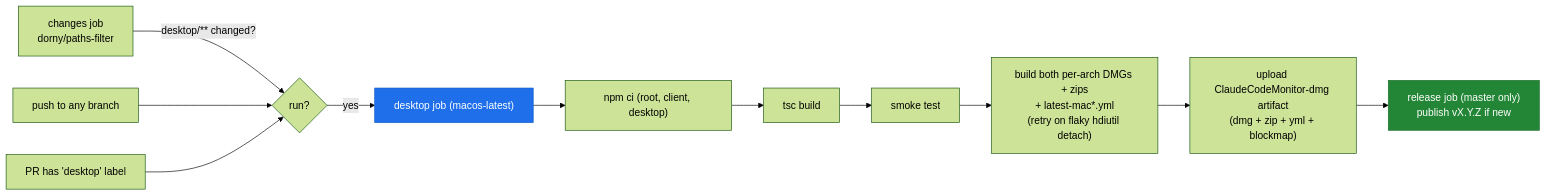
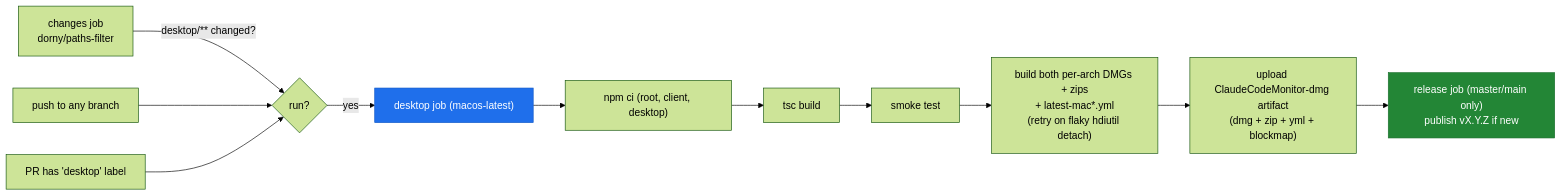
Diagram 14 of 15 in desktop/README.md (buluma/Code-Agent-Monitor), drawn with Mermaid (forest theme) before and after one commit. The commit also changed other lines of this file and 2 other files, not shown here.

Commit message:
fix(ci,desktop): widen release repair gate to all updater assets; fix stale docs
Review findings from PR #36:

- ci.yml release job's repair gate only counted .dmg assets to decide
  whether to re-upload; an existing release with DMGs but missing
  zip/latest-mac*.yml (e.g. a release published before this feature,
  or hand-created outside CI) would report needs_dmg=false and never
  get the missing updater-feed files attached. Now checks dmg/zip/yml
  counts together (>=2 each) via jq against one cached gh release view
  call, so the same self-heal path backfills all three asset kinds.

- desktop/README.md said the release job runs "master only" / "On
  master" — it actually runs on master OR main
  (github.ref == .../master || .../main in ci.yml). Corrected both.

- main.ts's update-downloaded notification told the user to click
  "Restart to update" in "the tray or menu" — installUpdateAndRestart
  is only wired into createTray's actions, never into
  installApplicationMenu's MenuActions. Corrected to name the tray
  only, matching what's actually exposed.

````diff
--- a/desktop/README.md
+++ b/desktop/README.md
@@ -730,16 +730,16 @@
 ```mermaid
 flowchart LR
     ch["changes job<br/>dorny/paths-filter"] -->|"desktop/** changed?"| gate{run?}
     push["push to any branch"] --> gate
     label["PR has 'desktop' label"] --> gate
     gate -->|yes| job["desktop job (macos-latest)"]
     job --> j1["npm ci (root, client, desktop)"]
     j1 --> j2["tsc build"]
     j2 --> j3["smoke test"]
     j3 --> j4["build both per-arch DMGs + zips<br/>+ latest-mac*.yml<br/>(retry on flaky hdiutil detach)"]
     j4 --> j5["upload ClaudeCodeMonitor-dmg artifact<br/>(dmg + zip + yml + blockmap)"]
-    j5 --> rel["release job (master only)<br/>publish vX.Y.Z if new"]
+    j5 --> rel["release job (master/main only)<br/>publish vX.Y.Z if new"]
 
     style job fill:#1f6feb,stroke:#1158c7,color:#fff
     style rel fill:#238636,stroke:#1a6e2c,color:#fff
 ```
````
